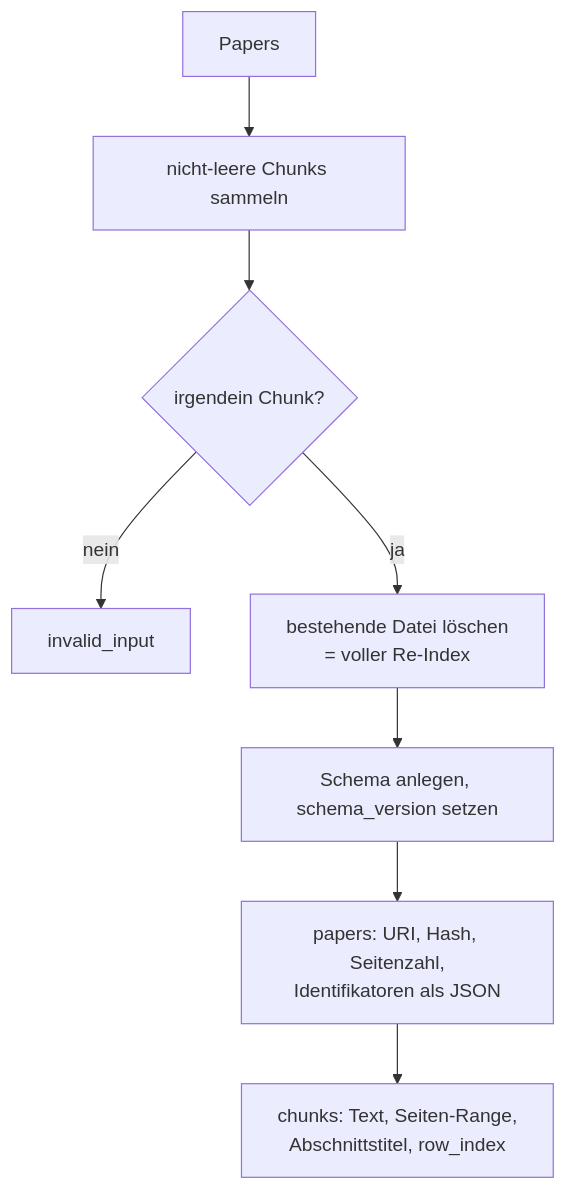
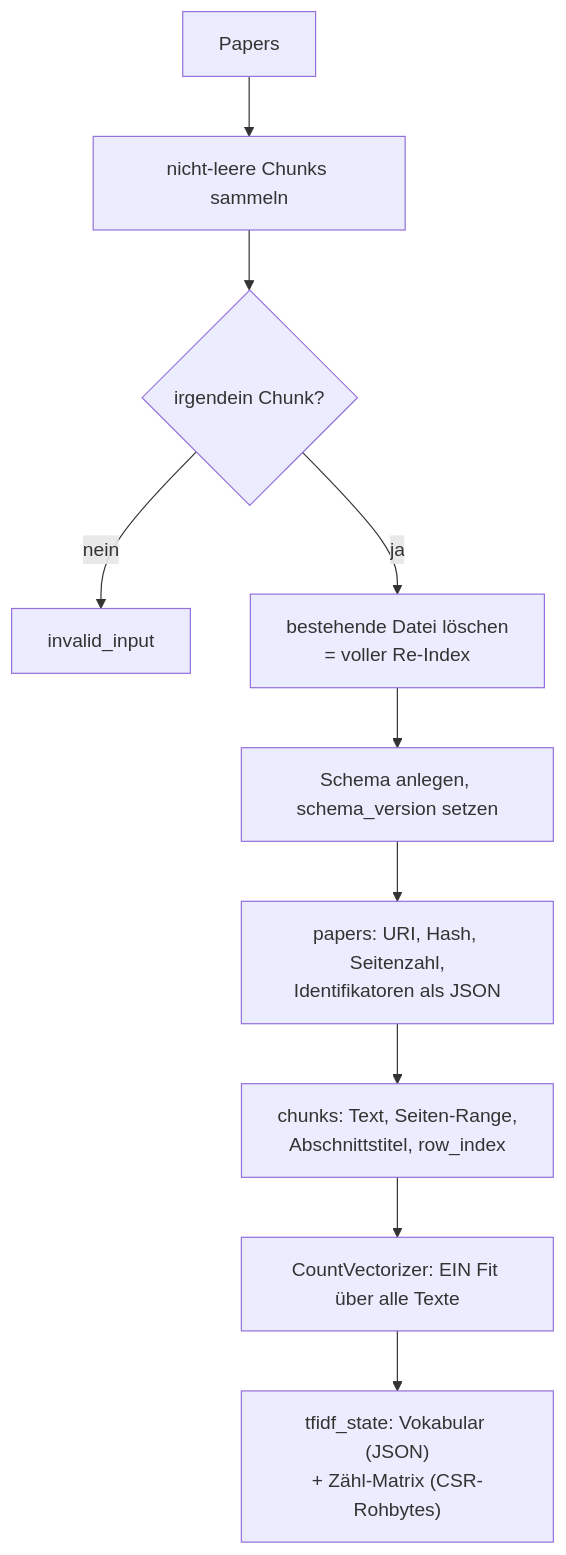
One commit to MomoEngineer/research-graphrag changed the first of 4 diagrams in src/research_graphrag/indexing/doc/tfidf_index.md. Above: the diagram before and after it, drawn with Mermaid. The commit also changed other lines of this file and 47 other files, not shown here.

````diff
--- a/src/research_graphrag/indexing/doc/tfidf_index.md
+++ b/src/research_graphrag/indexing/doc/tfidf_index.md
@@ -39,10 +44,12 @@
 ```mermaid
 flowchart TD
     A["Papers"] --> B["nicht-leere Chunks sammeln"]
     B --> C{"irgendein Chunk?"}
     C -- nein --> E["invalid_input"]
     C -- ja --> D["bestehende Datei löschen<br/>= voller Re-Index"]
     D --> F["Schema anlegen, schema_version setzen"]
     F --> G["papers: URI, Hash, Seitenzahl,<br/>Identifikatoren als JSON"]
     G --> H["chunks: Text, Seiten-Range,<br/>Abschnittstitel, row_index"]
+    H --> I["CountVectorizer: EIN Fit über alle Texte"]
+    I --> J["tfidf_state: Vokabular (JSON)<br/>+ Zähl-Matrix (CSR-Rohbytes)"]
 ```
````
